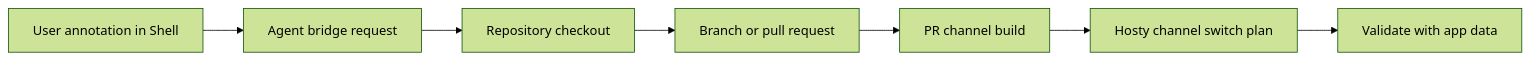
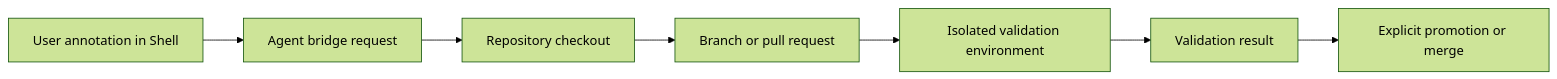
Before and after one commit to alex-de-haas/docker-host: the diagram in docs/ideas/agent-bridge-workflow.md, drawn with Mermaid (forest theme). The commit also changed other lines of this file and 17 other files, not shown here.

````diff
--- a/docs/ideas/agent-bridge-workflow.md
+++ b/docs/ideas/agent-bridge-workflow.md
@@ -13,9 +15,9 @@
 ```mermaid
 flowchart LR
   A["User annotation in Shell"] --> B["Agent bridge request"]
   B --> C["Repository checkout"]
   C --> D["Branch or pull request"]
-  D --> E["PR channel build"]
-  E --> F["Hosty channel switch plan"]
-  F --> G["Validate with app data"]
+  D --> E["Isolated validation environment"]
+  E --> F["Validation result"]
+  F --> G["Explicit promotion or merge"]
 ```
````
